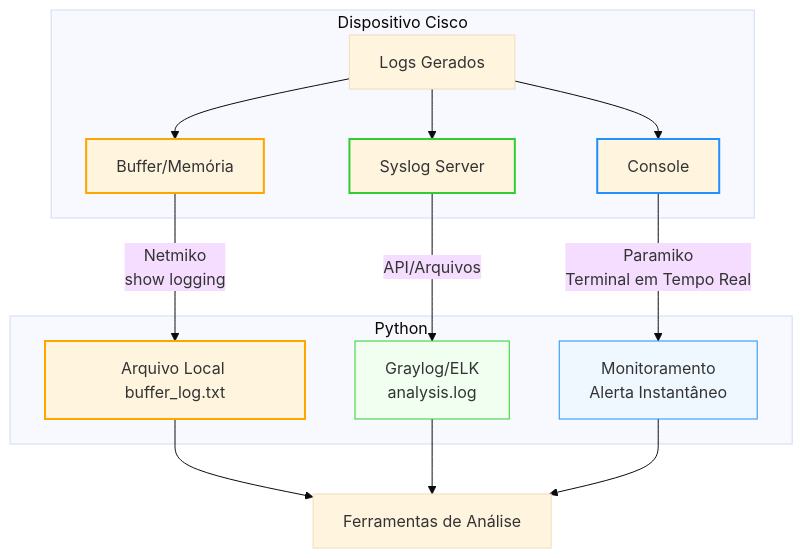
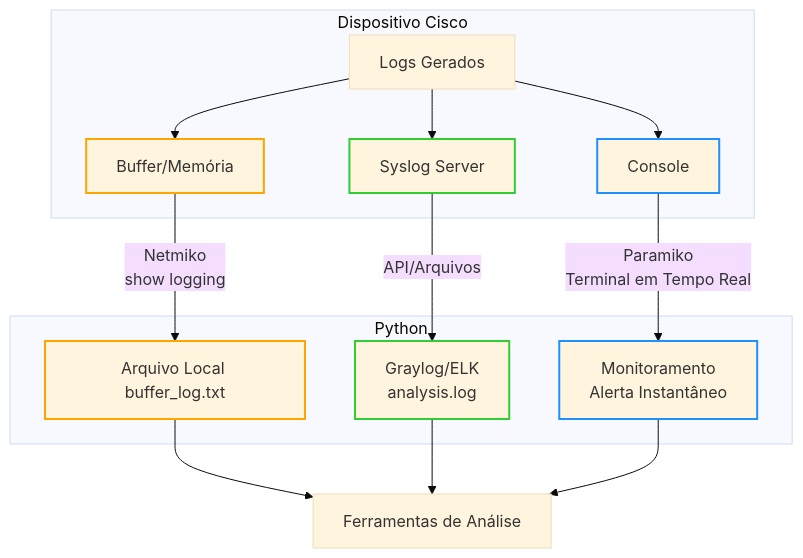
The second of 3 diagrams in CCNP 350-401 ENCOR/06 - Automation/17- Python - Basico 12 - Logging/README.md (alcancil/Cisco), drawn with Mermaid (base theme) before and after one commit. The commit also changed other lines of this file, not shown here.

Commit message:
Alterado o arquivo README.md

````diff
--- a/CCNP 350-401 ENCOR/06 - Automation/17- Python - Basico 12 - Logging/README.md
+++ b/CCNP 350-401 ENCOR/06 - Automation/17- Python - Basico 12 - Logging/README.md
@@ -339,25 +339,25 @@
 ```mermaid
 graph TB
     subgraph Dispositivo Cisco
         A[Logs Gerados] --> B[Buffer/Memória]
         A --> C[Syslog Server]
         A --> D[Console]
     end
 
     subgraph Python
         B -->|Netmiko\nshow logging| E[Arquivo Local buffer_log.txt]
         C -->|API/Arquivos| F[Graylog/ELK\nanalysis.log]
         D -->|Paramiko\nTerminal em Tempo Real| G[Monitoramento\nAlerta Instantâneo]
     end
 
     E --> H[Ferramentas de Análise]
     F --> H
     G --> H
 
     style B stroke:#FFA500,stroke-width:2px
     style C stroke:#32CD32,stroke-width:2px
     style D stroke:#1E90FF,stroke-width:2px
     style E stroke:#FFA500,stroke-width:2px
-    style F fill:#F0FFF0,stroke:#32CD32
-    style G fill:#F0F8FF,stroke:#1E90FF
+    style F stroke:#32CD32,stroke-width:2px
+    style G stroke:#1E90FF,stroke-width:2px
 ```
````
